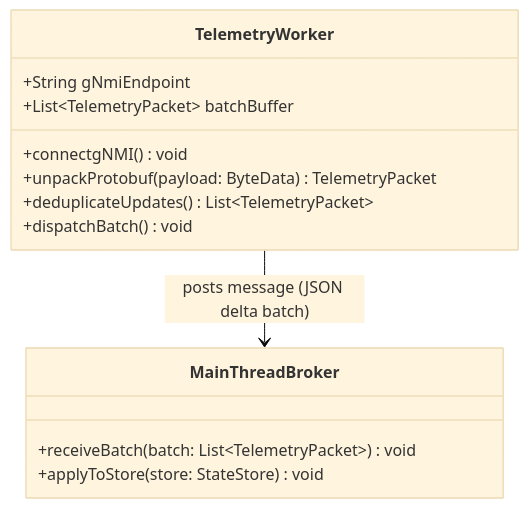
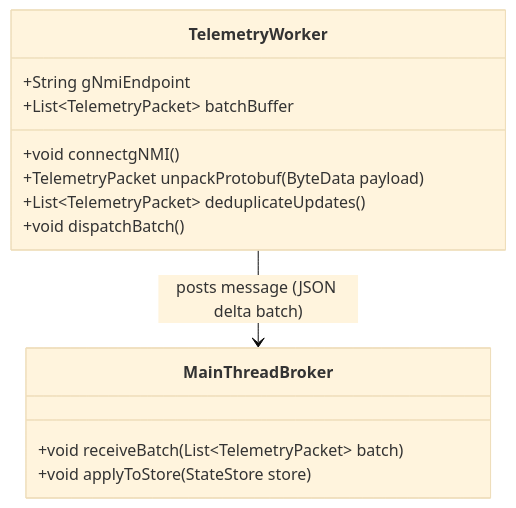
One commit to gintatkinson/digital-pipeline-repo changed the diagram in docs/features/feat-15-off-thread-telemetry.md. Above: the diagram before and after it, drawn with Mermaid (base theme). The commit also changed 16 other files, not shown here.

Commit message:
feat: implement fix_mermaid_colons.py and repair existing Mermaid class diagrams

````diff
--- a/docs/features/feat-15-off-thread-telemetry.md
+++ b/docs/features/feat-15-off-thread-telemetry.md
@@ -19,16 +19,16 @@
 ```mermaid
 classDiagram
     class TelemetryWorker {
         +String gNmiEndpoint
         +List~TelemetryPacket~ batchBuffer
-        +connectgNMI() void
-        +unpackProtobuf(payload: ByteData) TelemetryPacket
-        +deduplicateUpdates() List~TelemetryPacket~
-        +dispatchBatch() void
+        +void connectgNMI()
+        +TelemetryPacket unpackProtobuf(ByteData payload)
+        +List~TelemetryPacket~ deduplicateUpdates()
+        +void dispatchBatch()
     }
     class MainThreadBroker {
-        +receiveBatch(batch: List~TelemetryPacket~) void
-        +applyToStore(store: StateStore) void
+        +void receiveBatch(List~TelemetryPacket~ batch)
+        +void applyToStore(StateStore store)
     }
     TelemetryWorker --> MainThreadBroker : posts message (JSON delta batch)
 ```
````
